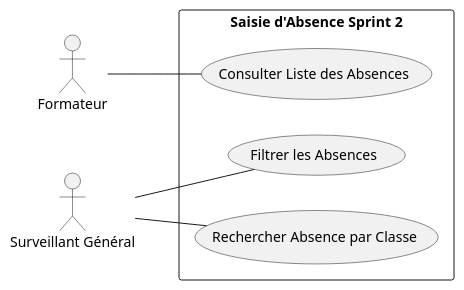
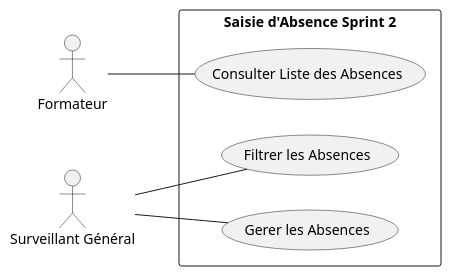
One commit to DevZakariaAz/Projet_fil_rouge_v1 changed the diagram in Branche_fonctionnelle/Use_Cases/UseCases_Sprint_2.plantuml. Above: the diagram before and after it, drawn with PlantUML. The commit also changed 7 other files, not shown here.

```diff
--- a/Branche_fonctionnelle/Use_Cases/UseCases_Sprint_2.plantuml
+++ b/Branche_fonctionnelle/Use_Cases/UseCases_Sprint_2.plantuml
@@ -1,17 +1,17 @@
 @startuml
 left to right direction
 
 actor "Formateur" as F
 actor "Surveillant Général" as SG
 
 rectangle "Saisie d'Absence Sprint 2" {
     usecase UC1 as "Consulter Liste des Absences"
     usecase UC2 as "Filtrer les Absences"
-    usecase UC3 as "Rechercher Absence par Classe"
+    usecase UC3 as "Gerer les Absences"
 }
 
 F -- UC1 
 SG -- UC2 
 SG -- UC3 
 
 @enduml
```
